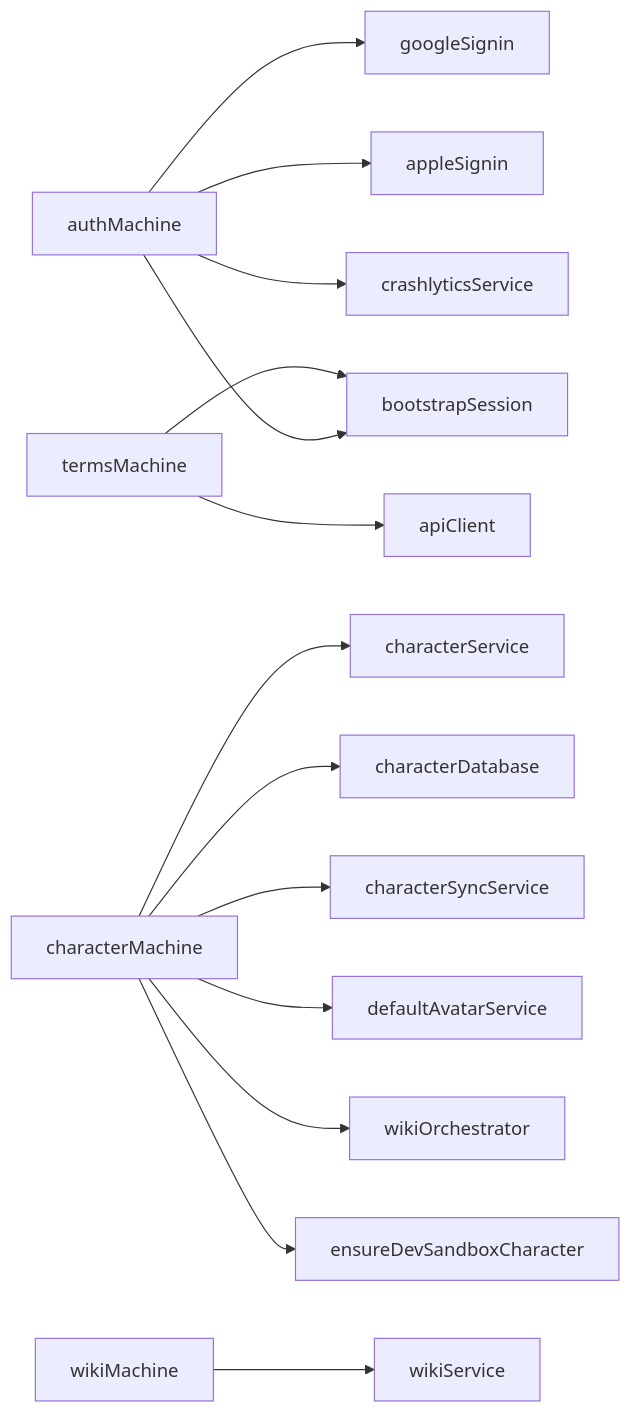
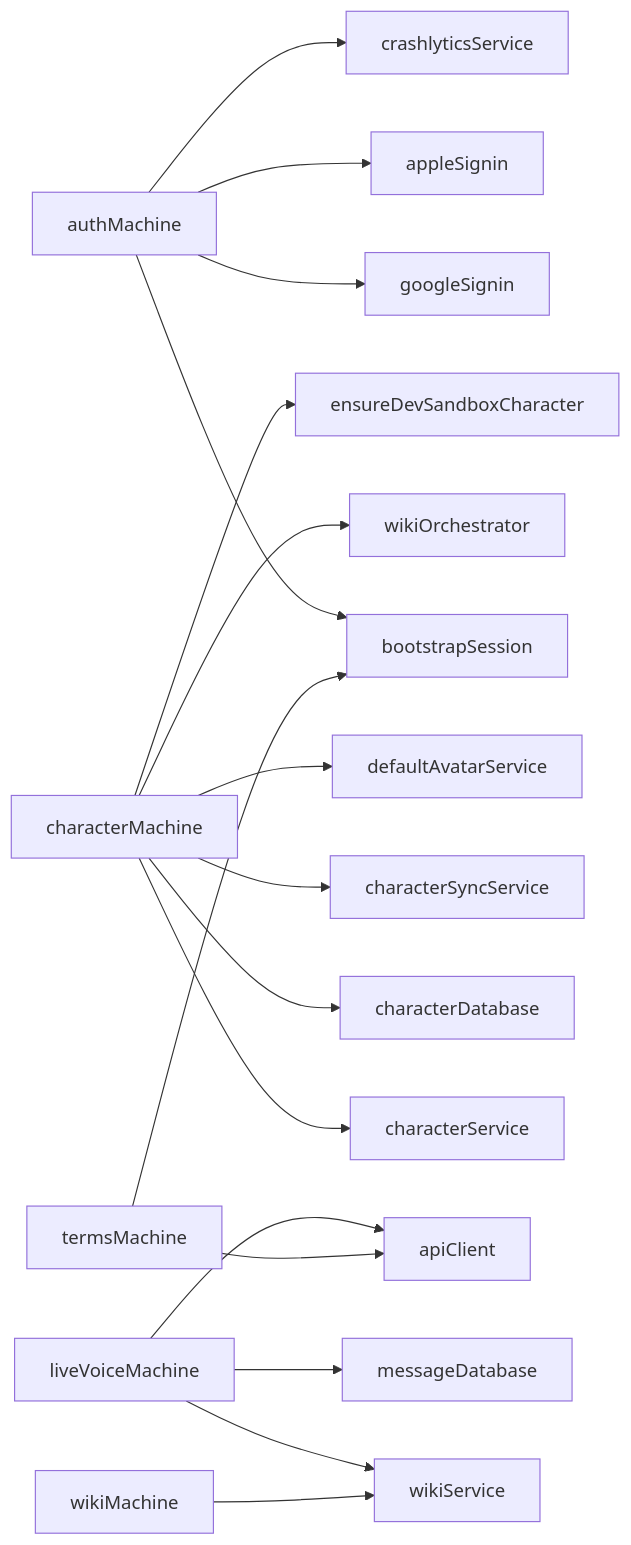
Before and after one commit to equationalapplications/clanker: the diagram in docs/flowcharts/MACHINES.md, drawn with Mermaid. The commit also changed 1 other file, not shown here.

Commit message:
docs(charts): update hook and machine flowcharts for live voice chat

````diff
--- a/docs/flowcharts/MACHINES.md
+++ b/docs/flowcharts/MACHINES.md
@@ -4,16 +4,19 @@
 ```mermaid
 graph LR
   authMachine --> googleSignin
   authMachine --> appleSignin
   authMachine --> bootstrapSession
   authMachine --> crashlyticsService
   characterMachine --> characterService
   characterMachine --> characterDatabase
   characterMachine --> characterSyncService
   characterMachine --> defaultAvatarService
   characterMachine --> wikiOrchestrator
   characterMachine --> ensureDevSandboxCharacter
+  liveVoiceMachine --> wikiService
+  liveVoiceMachine --> apiClient
+  liveVoiceMachine --> messageDatabase
   termsMachine --> apiClient
   termsMachine --> bootstrapSession
   wikiMachine --> wikiService
 ```
````
